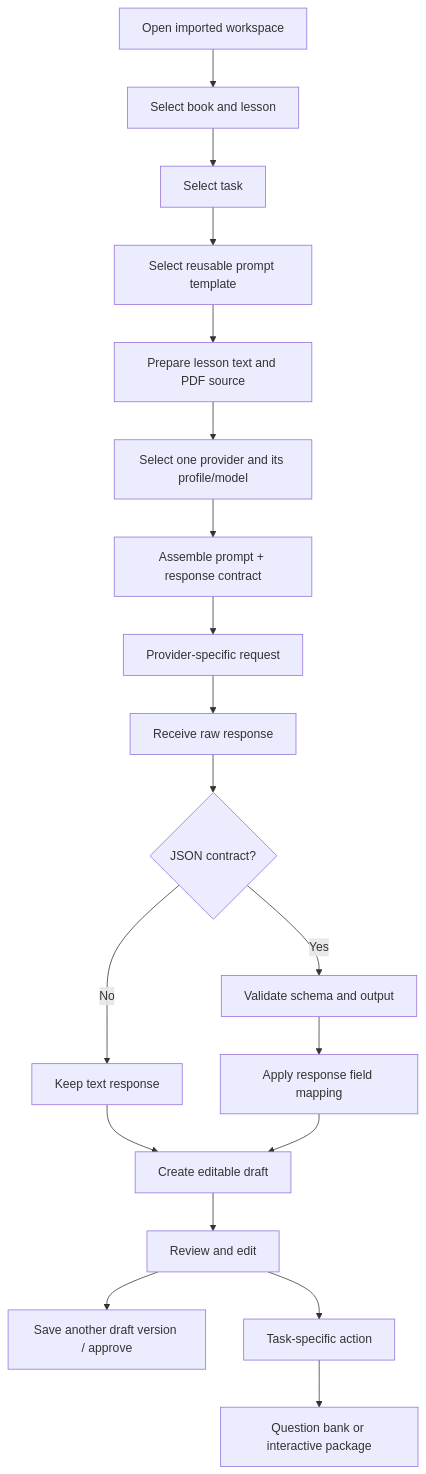
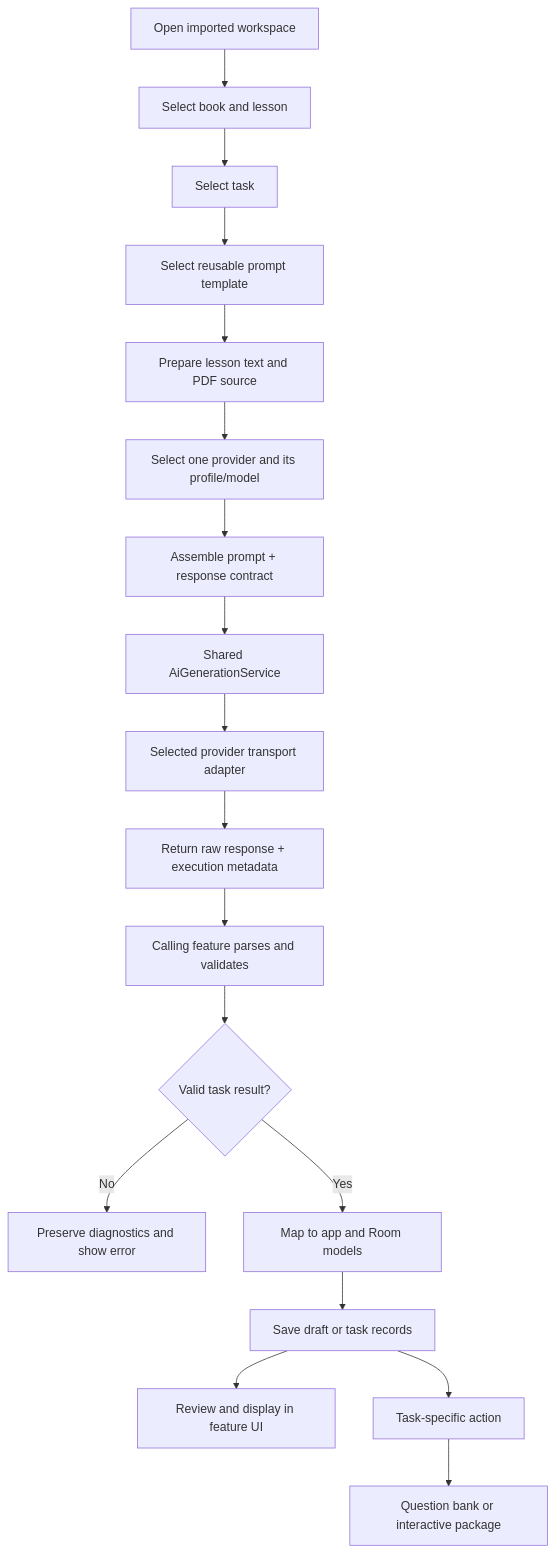
One commit to ameryhusam/ai_books changed the diagram in docs/GENERATION_STUDIO_PROVIDER_API.md. Above: the diagram before and after it, drawn with Mermaid.

Commit message:
docs: clarify shared AI service in workflow diagram

````diff
--- a/docs/GENERATION_STUDIO_PROVIDER_API.md
+++ b/docs/GENERATION_STUDIO_PROVIDER_API.md
@@ -53,21 +53,20 @@
 ```mermaid
 flowchart TD
     A[Open imported workspace] --> B[Select book and lesson]
     B --> C[Select task]
     C --> D[Select reusable prompt template]
     D --> E[Prepare lesson text and PDF source]
     E --> F[Select one provider and its profile/model]
     F --> G[Assemble prompt + response contract]
-    G --> H[Provider-specific request]
-    H --> I[Receive raw response]
-    I --> J{JSON contract?}
-    J -- Yes --> K[Validate schema and output]
-    J -- No --> L[Keep text response]
-    K --> M[Apply response field mapping]
-    L --> N[Create editable draft]
-    M --> N
-    N --> O[Review and edit]
-    O --> P[Save another draft version / approve]
+    G --> H[Shared AiGenerationService]
+    H --> I[Selected provider transport adapter]
+    I --> J[Return raw response + execution metadata]
+    J --> K[Calling feature parses and validates]
+    K --> L{Valid task result?}
+    L -- No --> M[Preserve diagnostics and show error]
+    L -- Yes --> N[Map to app and Room models]
+    N --> O[Save draft or task records]
+    O --> P[Review and display in feature UI]
     O --> Q[Task-specific action]
     Q --> R[Question bank or interactive package]
 ```
````
